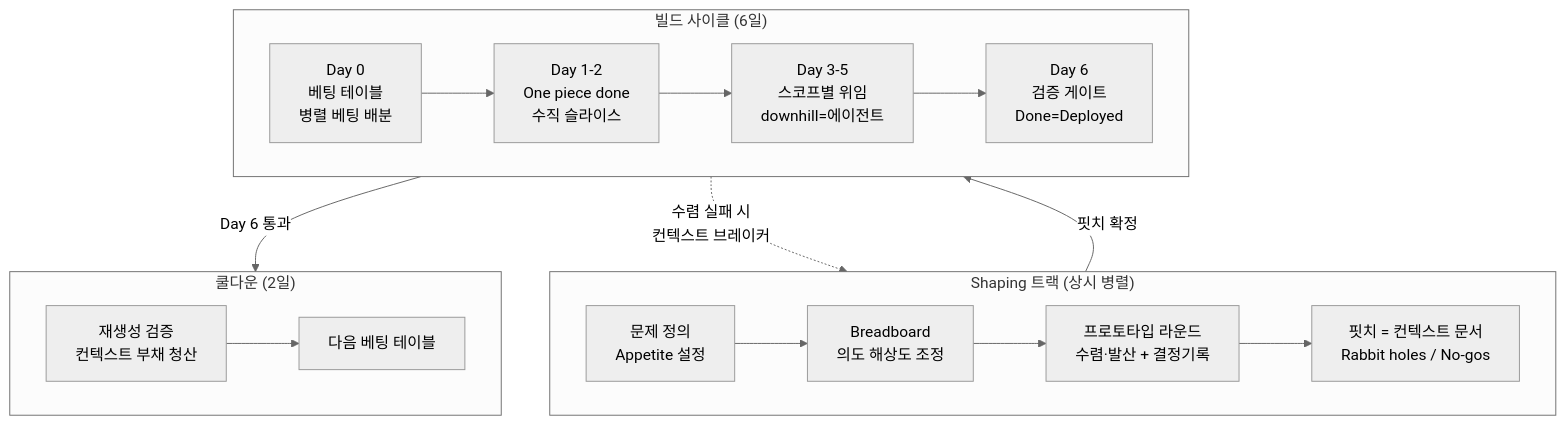
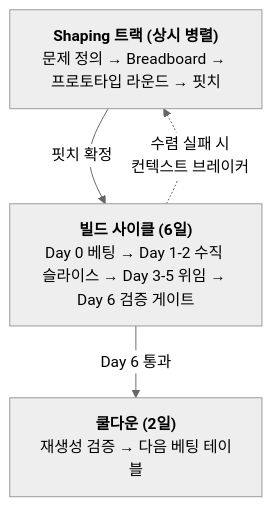
Before and after one commit to roboco-io/vibe-driven-development-lifecycle: the diagram in docs/ko/cycle.md, drawn with Mermaid (neutral theme). The commit also changed 3 other files, not shown here.

First line of the commit message:
fix: 사이클 다이어그램을 트랙 수준 3노드로 단순화

````diff
--- a/docs/ko/cycle.md
+++ b/docs/ko/cycle.md
@@ -23,18 +23,9 @@
 ```mermaid
 flowchart TB
-    subgraph SHAPING["Shaping 트랙 (상시 병렬)"]
-        direction LR
-        S1["문제 정의<br/>Appetite 설정"] --> S2["Breadboard<br/>의도 해상도 조정"] --> SP["프로토타입 라운드<br/>수렴·발산 + 결정기록"] --> S3["핏치 = 컨텍스트 문서<br/>Rabbit holes / No-gos"]
-    end
-    subgraph CYCLE["빌드 사이클 (6일)"]
-        direction LR
-        B0["Day 0<br/>베팅 테이블<br/>병렬 베팅 배분"] --> B1["Day 1-2<br/>One piece done<br/>수직 슬라이스"] --> B2["Day 3-5<br/>스코프별 위임<br/>downhill=에이전트"] --> B3["Day 6<br/>검증 게이트<br/>Done=Deployed"]
-    end
-    subgraph COOL["쿨다운 (2일)"]
-        direction LR
-        C1["재생성 검증<br/>컨텍스트 부채 청산"] --> C2["다음 베팅 테이블"]
-    end
-    SHAPING -->|"핏치 확정"| CYCLE
-    CYCLE -->|"Day 6 통과"| COOL
-    CYCLE -. "수렴 실패 시<br/>컨텍스트 브레이커" .-> SHAPING
+    S["<b>Shaping 트랙 (상시 병렬)</b><br/>문제 정의 → Breadboard → 프로토타입 라운드 → 핏치"]
+    B["<b>빌드 사이클 (6일)</b><br/>Day 0 베팅 → Day 1-2 수직 슬라이스 → Day 3-5 위임 → Day 6 검증 게이트"]
+    C["<b>쿨다운 (2일)</b><br/>재생성 검증 → 다음 베팅 테이블"]
+    S -->|"핏치 확정"| B
+    B -->|"Day 6 통과"| C
+    B -. "수렴 실패 시<br/>컨텍스트 브레이커" .-> S
 ```
````
